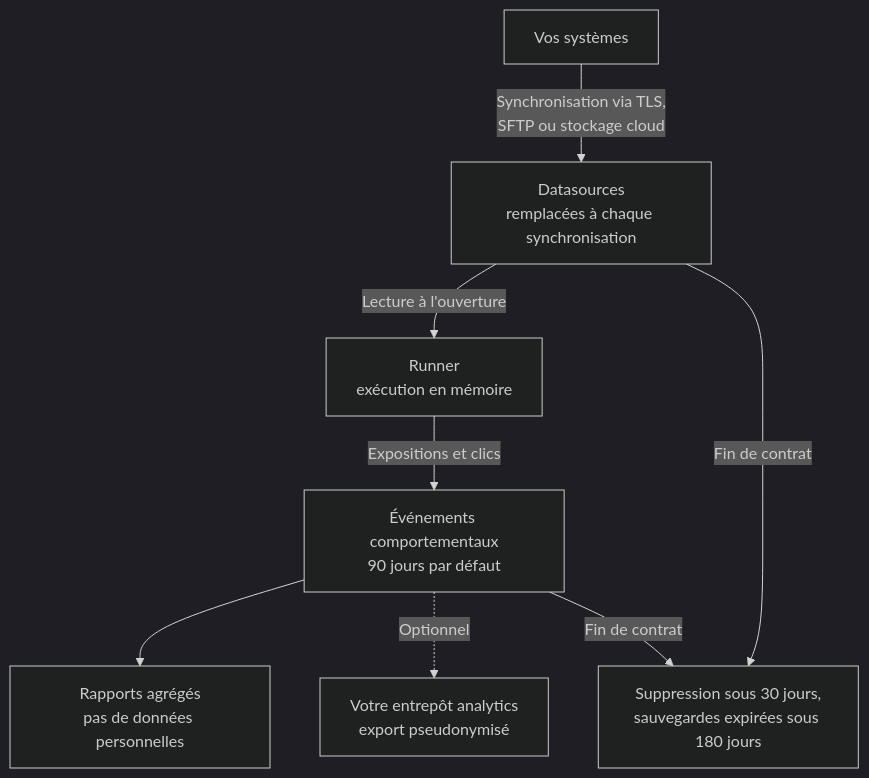
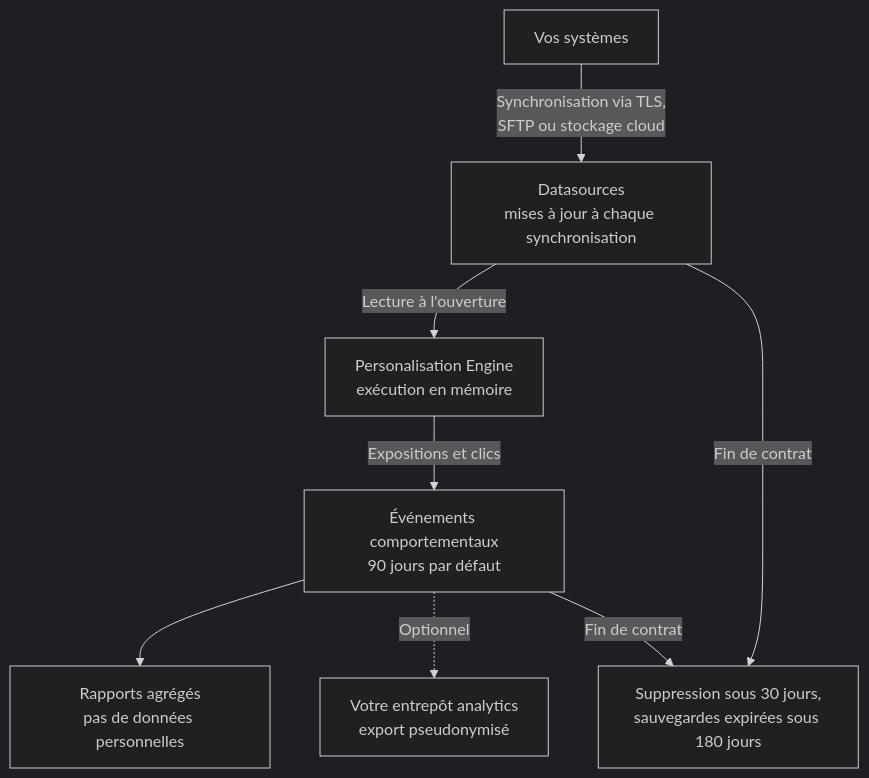
One commit to reelevant-tech/product-documentation changed the diagram in fr/why-reelevant/data-protection/processing-details.mdx. Above: the diagram before and after it, drawn with Mermaid (dark theme). The commit also changed other lines of this file and 3 other files, not shown here.

````diff
--- a/fr/why-reelevant/data-protection/processing-details.mdx
+++ b/fr/why-reelevant/data-protection/processing-details.mdx
@@ -11,9 +11,9 @@
 ```mermaid
 flowchart TB
-    SRC["Vos systèmes"] -->|"Synchronisation via TLS,<br/>SFTP ou stockage cloud"| DS["Datasources<br/>remplacées à chaque synchronisation"]
-    DS -->|"Lecture à l'ouverture"| RUN["Runner<br/>exécution en mémoire"]
+    SRC["Vos systèmes"] -->|"Synchronisation via TLS,<br/>SFTP ou stockage cloud"| DS["Datasources<br/>mises à jour à chaque synchronisation"]
+    DS -->|"Lecture à l'ouverture"| RUN["Personalisation Engine<br/>exécution en mémoire"]
     RUN -->|"Expositions et clics"| EV["Événements comportementaux<br/>90 jours par défaut"]
     EV --> AGG["Rapports agrégés<br/>pas de données personnelles"]
     EV -.->|"Optionnel"| WH["Votre entrepôt analytics<br/>export pseudonymisé"]
     DS & EV -->|"Fin de contrat"| DEL["Suppression sous 30 jours,<br/>sauvegardes expirées sous 180 jours"]
 ```
````
